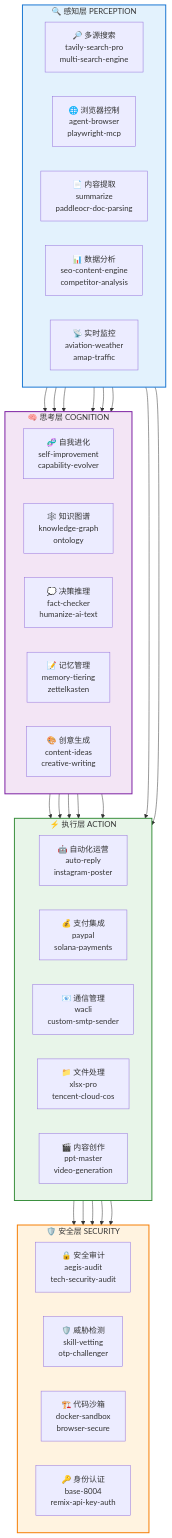
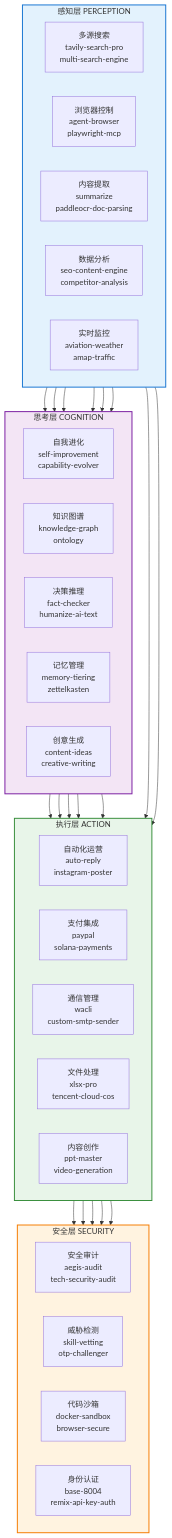
Before and after one commit to weininghui/skills: the first of 2 diagrams in README.md, drawn with Mermaid. The commit also changed other lines of this file, not shown here.

Commit message:
fix: mermaid diagrams - remove emojis from subgraph names, remove duplicate code, simplify for rendering

````diff
--- a/README.md
+++ b/README.md
@@ -69,61 +69,61 @@
 ```mermaid
 graph TB
-    subgraph PERCEPTION["🔍 感知层 PERCEPTION"]
+    subgraph PERCEPTION["感知层 PERCEPTION"]
         direction LR
-        A1["🔎 多源搜索<br/>tavily-search-pro<br/>multi-search-engine"]
-        A2["🌐 浏览器控制<br/>agent-browser<br/>playwright-mcp"]
-        A3["📄 内容提取<br/>summarize<br/>paddleocr-doc-parsing"]
-        A4["📊 数据分析<br/>seo-content-engine<br/>competitor-analysis"]
-        A5["📡 实时监控<br/>aviation-weather<br/>amap-traffic"]
+        A1["多源搜索<br/>tavily-search-pro<br/>multi-search-engine"]
+        A2["浏览器控制<br/>agent-browser<br/>playwright-mcp"]
+        A3["内容提取<br/>summarize<br/>paddleocr-doc-parsing"]
+        A4["数据分析<br/>seo-content-engine<br/>competitor-analysis"]
+        A5["实时监控<br/>aviation-weather<br/>amap-traffic"]
     end
 
-    subgraph COGNITION["🧠 思考层 COGNITION"]
+    subgraph COGNITION["思考层 COGNITION"]
         direction LR
-        B1["🧬 自我进化<br/>self-improvement<br/>capability-evolver"]
-        B2["🕸️ 知识图谱<br/>knowledge-graph<br/>ontology"]
-        B3["💭 决策推理<br/>fact-checker<br/>humanize-ai-text"]
-        B4["📝 记忆管理<br/>memory-tiering<br/>zettelkasten"]
-        B5["🎨 创意生成<br/>content-ideas<br/>creative-writing"]
+        B1["自我进化<br/>self-improvement<br/>capability-evolver"]
+        B2["知识图谱<br/>knowledge-graph<br/>ontology"]
+        B3["决策推理<br/>fact-checker<br/>humanize-ai-text"]
+        B4["记忆管理<br/>memory-tiering<br/>zettelkasten"]
+        B5["创意生成<br/>content-ideas<br/>creative-writing"]
     end
 
-    subgraph ACTION["⚡ 执行层 ACTION"]
+    subgraph ACTION["执行层 ACTION"]
         direction LR
-        C1["🤖 自动化运营<br/>auto-reply<br/>instagram-poster"]
-        C2["💰 支付集成<br/>paypal<br/>solana-payments"]
-        C3["📧 通信管理<br/>wacli<br/>custom-smtp-sender"]
-        C4["📁 文件处理<br/>xlsx-pro<br/>tencent-cloud-cos"]
-        C5["🎬 内容创作<br/>ppt-master<br/>video-generation"]
+        C1["自动化运营<br/>auto-reply<br/>instagram-poster"]
+        C2["支付集成<br/>paypal<br/>solana-payments"]
+        C3["通信管理<br/>wacli<br/>custom-smtp-sender"]
+        C4["文件处理<br/>xlsx-pro<br/>tencent-cloud-cos"]
+        C5["内容创作<br/>ppt-master<br/>video-generation"]
     end
 
-    subgraph SECURITY["🛡️ 安全层 SECURITY"]
+    subgraph SECURITY["安全层 SECURITY"]
         direction LR
-        D1["🔒 安全审计<br/>aegis-audit<br/>tech-security-audit"]
-        D2["🛡️ 威胁检测<br/>skill-vetting<br/>otp-challenger"]
-        D3["🏗️ 代码沙箱<br/>docker-sandbox<br/>browser-secure"]
-        D4["🔑 身份认证<br/>base-8004<br/>remix-api-key-auth"]
+        D1["安全审计<br/>aegis-audit<br/>tech-security-audit"]
+        D2["威胁检测<br/>skill-vetting<br/>otp-challenger"]
+        D3["代码沙箱<br/>docker-sandbox<br/>browser-secure"]
+        D4["身份认证<br/>base-8004<br/>remix-api-key-auth"]
     end
 
     A1 --> B1
     A1 --> B2
     A2 --> B3
     A2 --> C1
     A3 --> B4
     A3 --> B5
     A4 --> B3
     A5 --> C1
     B1 --> C1
     B2 --> C4
     B3 --> C2
     B4 --> C5
     B5 --> C5
     C1 --> D1
     C2 --> D2
     C3 --> D3
     C4 --> D4
     C5 --> D1
 
     style PERCEPTION fill:#E3F2FD,stroke:#1976D2,stroke-width:2px
     style COGNITION fill:#F3E5F5,stroke:#7B1FA2,stroke-width:2px
     style ACTION fill:#E8F5E9,stroke:#388E3C,stroke-width:2px
     style SECURITY fill:#FFF3E0,stroke:#F57C00,stroke-width:2px
 ```
````
